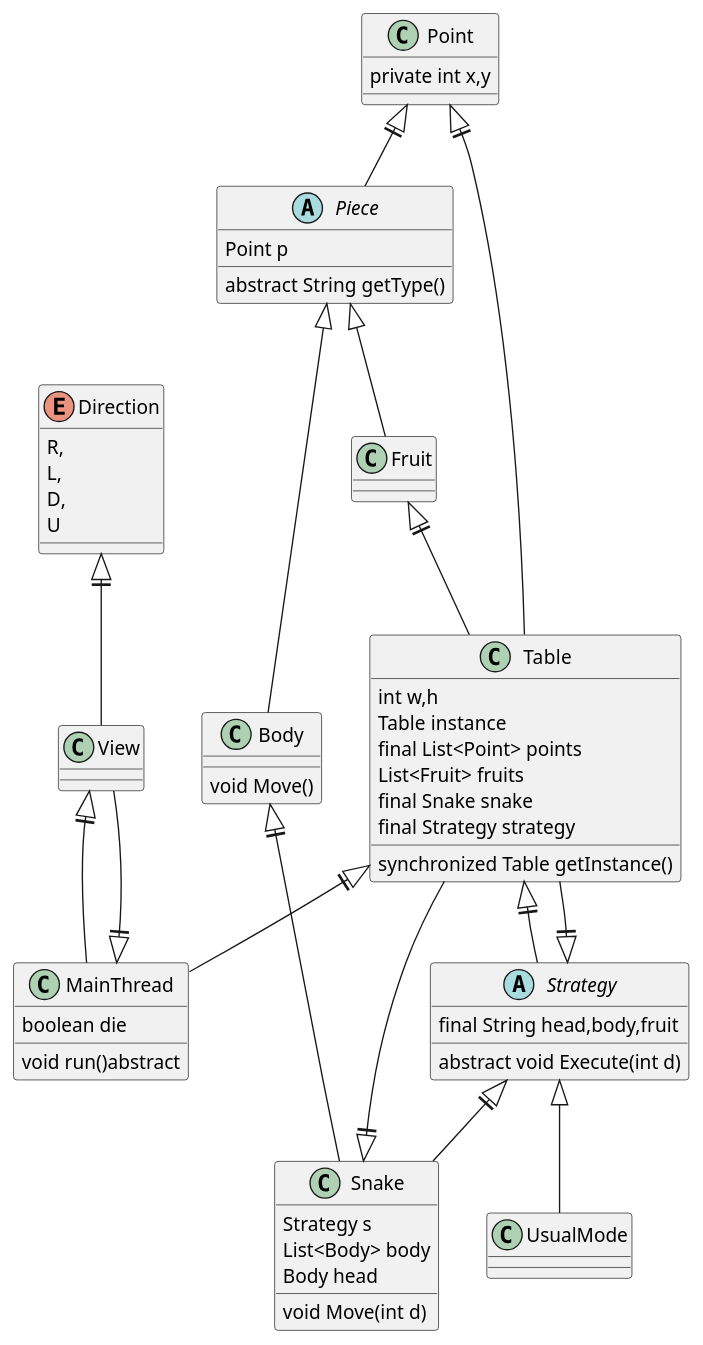
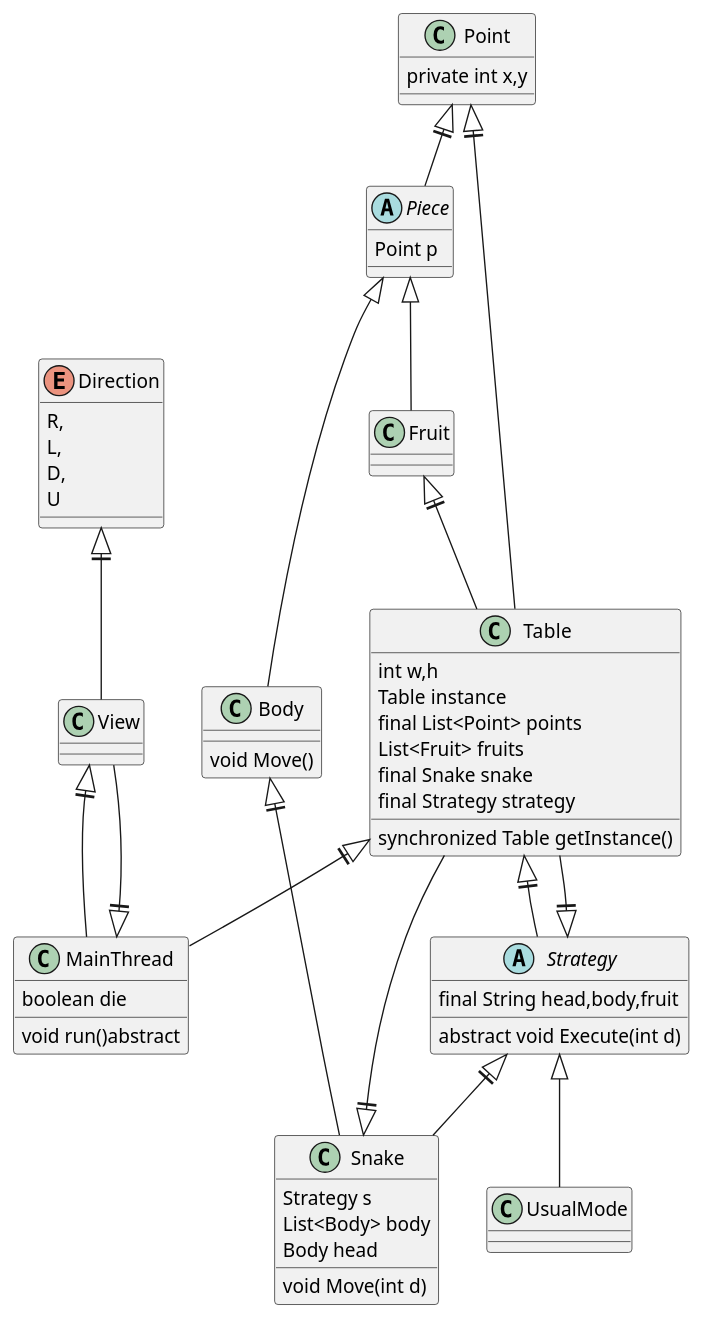
Before and after one commit to amirhsz/Snake: the diagram in src/main/resources/Core Diagram.puml, drawn with PlantUML.

Commit message:
removed getType method from piece class because we can use class.getName

```diff
--- a/src/main/resources/Core Diagram.puml
+++ b/src/main/resources/Core Diagram.puml
@@ -1,84 +1,83 @@
 @startuml
 'https://plantuml.com/class-diagram
 
 enum Direction{
     R,
     L,
     D,
     U
 }
 
 abstract Piece{
     Point p
     'Constructor, Getter and Setter for p
-    abstract String getType()
 }
 
 class Fruit{
 
 }
 
 class Body{
     void Move()
 }
 
 class Point{
     private int x,y
     'Constructor, Getter and Setter for x, y;
 }
 
 class Table{
     int w,h
     Table instance
     'Constructor, Getter and Setter for x, y;
     final List<Point> points
     List<Fruit> fruits
     final Snake snake
     final Strategy strategy
     'Constructor
     synchronized Table getInstance()
 }
 
 class Snake{
     Strategy s
     List<Body> body
     void Move(int d)
     Body head
 
 }
 
 abstract Strategy{
     final String head,body,fruit
     'Getter and Setter
     abstract void Execute(int d)
     'If died set die value true in MainThread
 }
 
 class UsualMode{
 
 }
 
 class MainThread{
     boolean die
     void run()abstract
 }
 
 Point<||-- Table
 Snake<||-- Table
 Fruit<||-- Table
 Strategy<||--Snake
 Point<||--Piece
 Body<||--Snake
 Table<||--MainThread
 Table<||--Strategy
 Strategy<||--Table
 MainThread<||--View
 View<||--MainThread
 Direction<||--View
 'View means our GUI
 
 Piece<|-- Fruit
 Piece<|-- Body
 Strategy<|-- UsualMode
 
 @enduml
```
